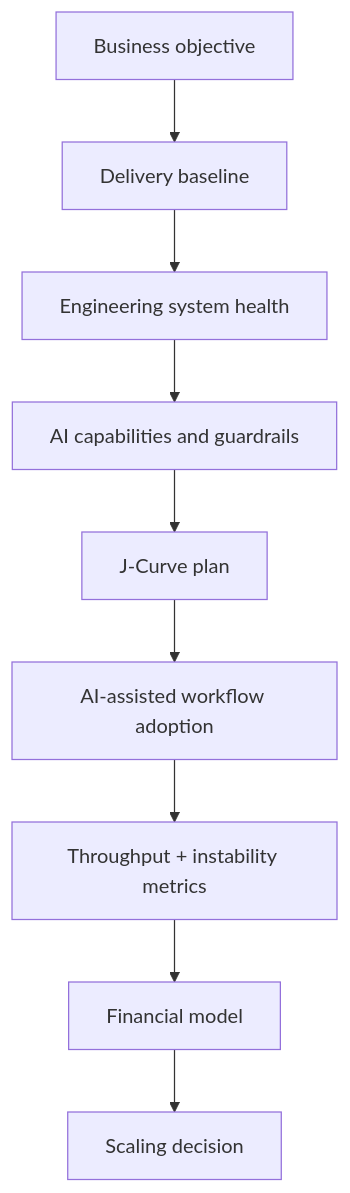
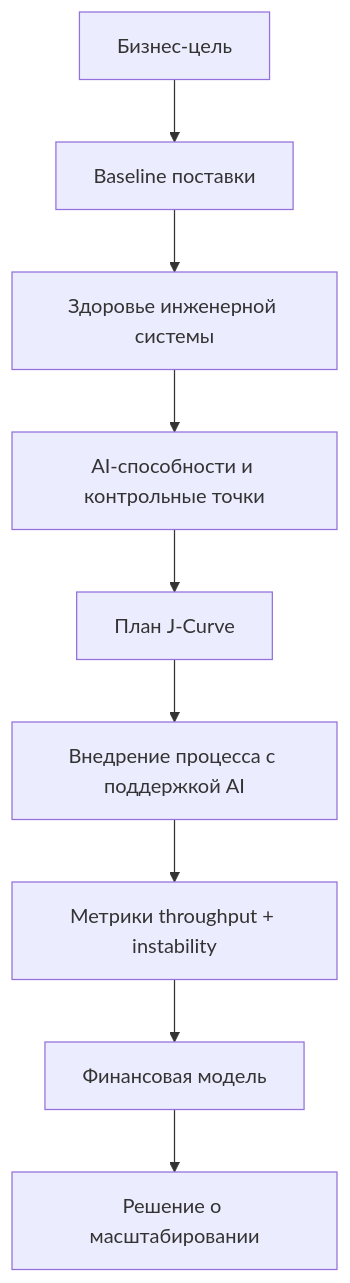
The third of 3 diagrams in Frameworks/ai-transformation/dora-roi-of-ai-assisted-software-development-2026.md (VladimirSemenyuk/KnowledgeOS), drawn with Mermaid before and after one commit. The commit also changed other lines of this file and 3 other files, not shown here.

````diff
--- a/Frameworks/ai-transformation/dora-roi-of-ai-assisted-software-development-2026.md
+++ b/Frameworks/ai-transformation/dora-roi-of-ai-assisted-software-development-2026.md
@@ -381,11 +381,11 @@
 ```mermaid
 flowchart TD
-    A["Business objective"] --> B["Delivery baseline"]
-    B --> C["Engineering system health"]
-    C --> D["AI capabilities and guardrails"]
-    D --> E["J-Curve plan"]
-    E --> F["AI-assisted workflow adoption"]
-    F --> G["Throughput + instability metrics"]
-    G --> H["Financial model"]
-    H --> I["Scaling decision"]
+    A["Бизнес-цель"] --> B["Baseline поставки"]
+    B --> C["Здоровье инженерной системы"]
+    C --> D["AI-способности и контрольные точки"]
+    D --> E["План J-Curve"]
+    E --> F["Внедрение процесса с поддержкой AI"]
+    F --> G["Метрики throughput + instability"]
+    G --> H["Финансовая модель"]
+    H --> I["Решение о масштабировании"]
 ```
````
